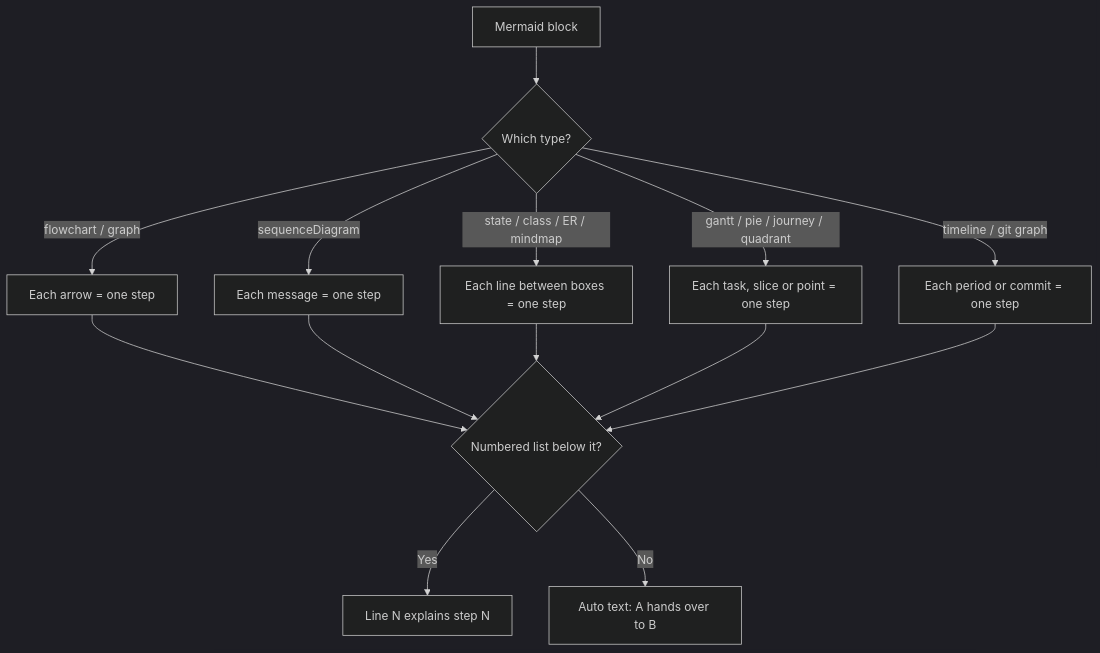
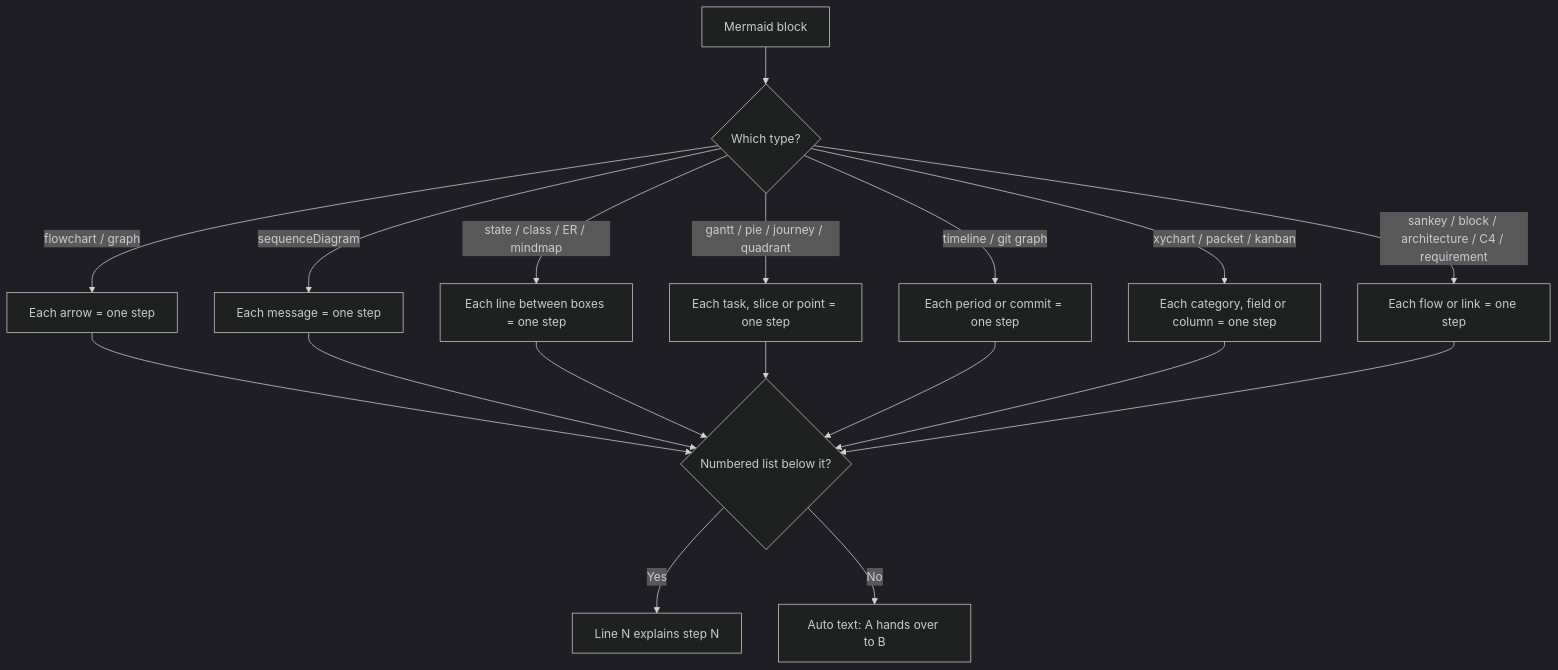
One commit to solutionforest/flow-explainer changed the second of 3 diagrams in README.md. Above: the diagram before and after it, drawn with Mermaid (dark theme). The commit also changed other lines of this file and 12 other files, not shown here.

Commit message:
Support xychart, sankey, block, architecture, C4, kanban, packet and requirement diagrams

````diff
--- a/README.md
+++ b/README.md
@@ -78,16 +78,20 @@
 ```mermaid
 flowchart TD
   A[Mermaid block] --> B{Which type?}
   B -->|flowchart / graph| C[Each arrow = one step]
   B -->|sequenceDiagram| D[Each message = one step]
   B -->|state / class / ER / mindmap| H[Each line between boxes = one step]
   B -->|gantt / pie / journey / quadrant| I[Each task, slice or point = one step]
   B -->|timeline / git graph| J[Each period or commit = one step]
+  B -->|xychart / packet / kanban| K[Each category, field or column = one step]
+  B -->|sankey / block / architecture / C4 / requirement| L[Each flow or link = one step]
   C --> E{Numbered list below it?}
   D --> E
   H --> E
   I --> E
   J --> E
+  K --> E
+  L --> E
   E -->|Yes| F[Line N explains step N]
   E -->|No| G[Auto text: A hands over to B]
 ```
````
